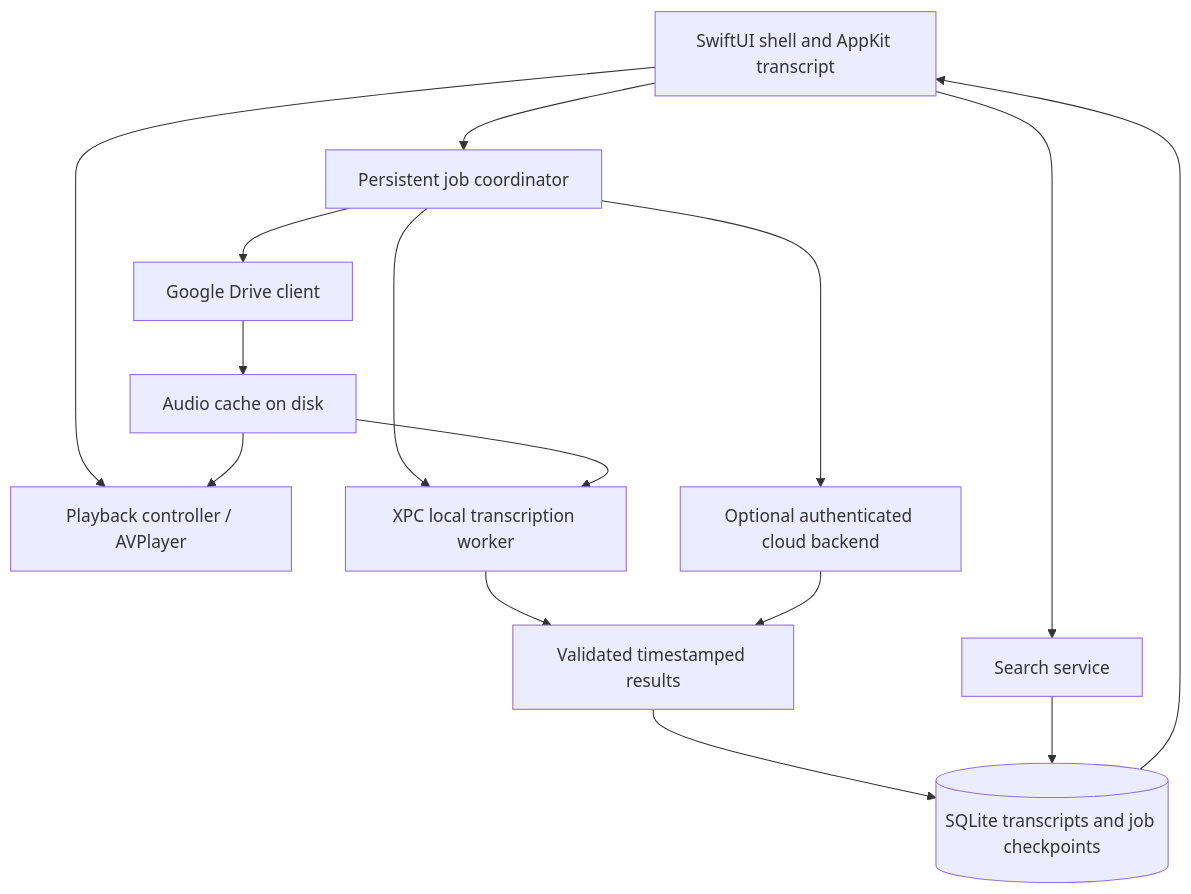
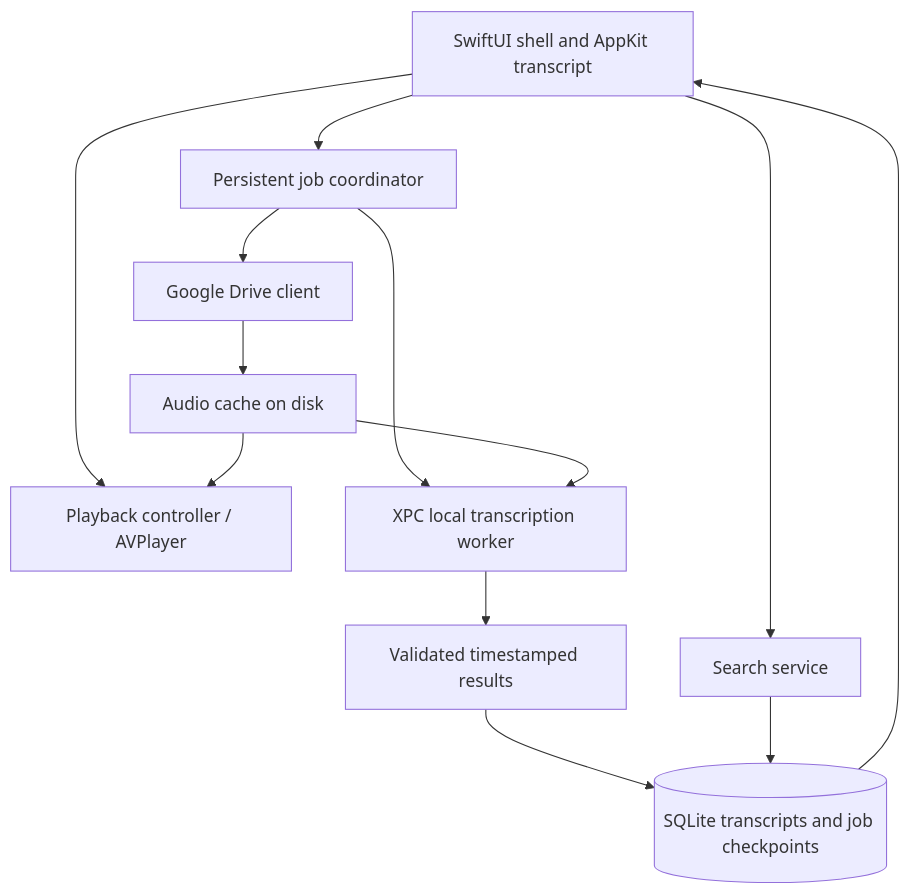
One commit to ddaza/wordy changed the diagram in PLAN.md. Above: the diagram before and after it, drawn with Mermaid. The commit also changed other lines of this file and 11 other files, not shown here.

````diff
--- a/PLAN.md
+++ b/PLAN.md
@@ -97,17 +95,15 @@
 ```mermaid
 flowchart TD
     UI[SwiftUI shell and AppKit transcript] --> Playback[Playback controller / AVPlayer]
     UI --> Search[Search service]
     UI --> Jobs[Persistent job coordinator]
     Drive[Google Drive client] --> Cache[Audio cache on disk]
     Jobs --> Drive
     Jobs --> Local[XPC local transcription worker]
-    Jobs --> Cloud[Optional authenticated cloud backend]
     Cache --> Playback
     Cache --> Local
     Local --> Results[Validated timestamped results]
-    Cloud --> Results
     Results --> DB[(SQLite transcripts and job checkpoints)]
     Search --> DB
     DB --> UI
 ```
````
